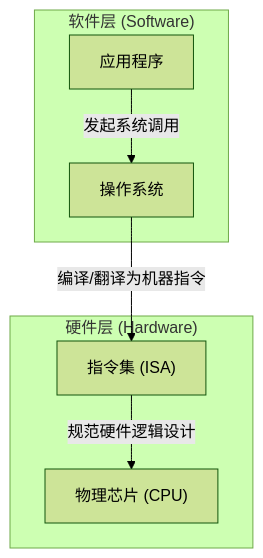
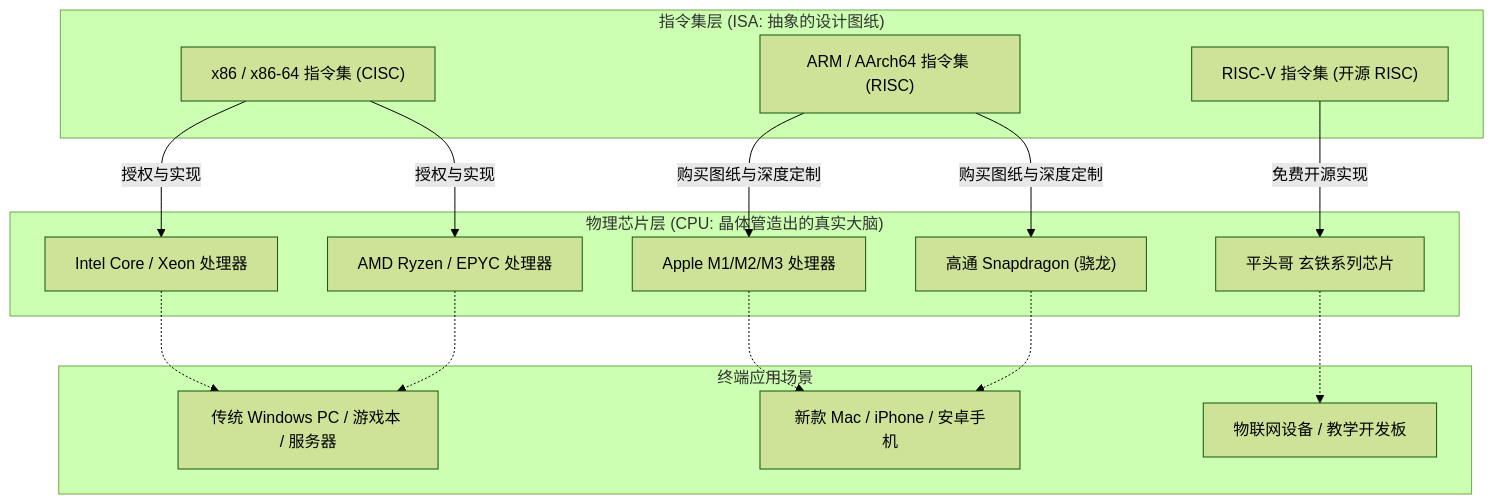
The first of 7 diagrams in docs/01-计算机基础/操作系统/指令集、芯片与操作系统的底层协同.md (Lysssyo/Lysssyo.github.io), drawn with Mermaid (forest theme) before and after one commit. The commit also changed other lines of this file, not shown here.

````diff
--- a/docs/01-计算机基础/操作系统/指令集、芯片与操作系统的底层协同.md
+++ b/docs/01-计算机基础/操作系统/指令集、芯片与操作系统的底层协同.md
@@ -20,16 +17,36 @@
 ```mermaid
 graph TD
-    App["应用程序"] -->|"发起系统调用"| OS["操作系统"]
-    OS -->|"编译/翻译为机器指令"| ISA["指令集 (ISA)"]
-    ISA -->|"规范硬件逻辑设计"| Chip["物理芯片 (CPU)"]
+    subgraph "指令集层 (ISA: 抽象的设计图纸)"
+        X86["x86 / x86-64 指令集 (CISC)"]
+        ARM["ARM / AArch64 指令集 (RISC)"]
+        RISCV["RISC-V 指令集 (开源 RISC)"]
+    end
+
+    subgraph "物理芯片层 (CPU: 晶体管造出的真实大脑)"
+        Intel["Intel Core / Xeon 处理器"]
+        AMD["AMD Ryzen / EPYC 处理器"]
+        AppleM["Apple M1/M2/M3 处理器"]
+        Snapdragon["高通 Snapdragon (骁龙)"]
+        THead["平头哥 玄铁系列芯片"]
+    end
+
+    subgraph "终端应用场景"
+        PC["传统 Windows PC / 游戏本 / 服务器"]
+        Mobile["新款 Mac / iPhone / 安卓手机"]
+        IoT["物联网设备 / 教学开发板"]
+    end
+
+    X86 -->|"授权与实现"| Intel
+    X86 -->|"授权与实现"| AMD
     
-    subgraph "软件层 (Software)"
-        App
-        OS
-    end
+    ARM -->|"购买图纸与深度定制"| AppleM
+    ARM -->|"购买图纸与深度定制"| Snapdragon
     
-    subgraph "硬件层 (Hardware)"
-        ISA
-        Chip
-    end
+    RISCV -->|"免费开源实现"| THead
+
+    Intel -.-> PC
+    AMD -.-> PC
+    AppleM -.-> Mobile
+    Snapdragon -.-> Mobile
+    THead -.-> IoT
 ```
````
